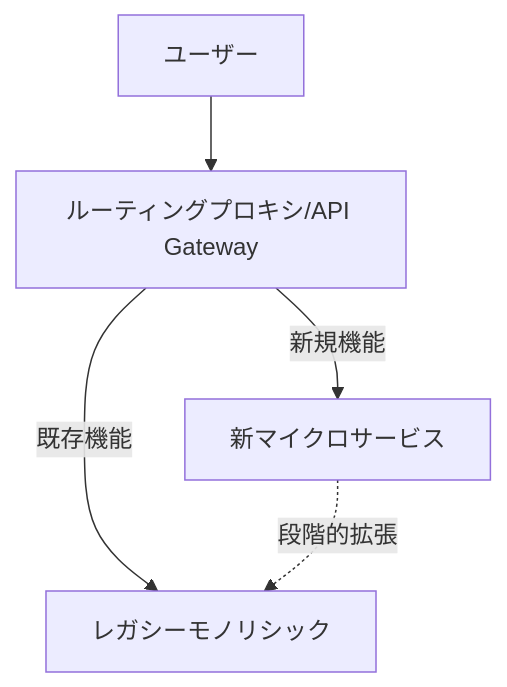
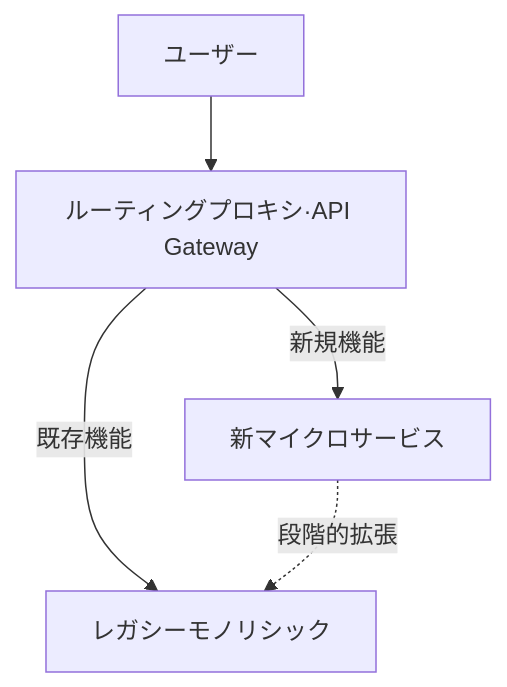
One commit to cloudpickr/cloudpick-docs changed the second of 3 diagrams in src/content/docs/ja/compute/modernization.md. Above: the diagram before and after it, drawn with Mermaid. The commit also changed 29 other files, not shown here.

First line of the commit message:
fix: Mermaid 전수조사 — 노드 라벨 슬래시 13건 수정 (ko/en/ja)

````diff
--- a/src/content/docs/ja/compute/modernization.md
+++ b/src/content/docs/ja/compute/modernization.md
@@ -86,7 +86,7 @@
 ```mermaid
 graph TD
-    U[ユーザー] --> P[ルーティングプロキシ/API Gateway]
+    U[ユーザー] --> P[ルーティングプロキシ·API Gateway]
     P -->|新規機能| N[新マイクロサービス]
     P -->|既存機能| L[レガシーモノリシック]
     N -.段階的拡張.-> L
 ```
````
